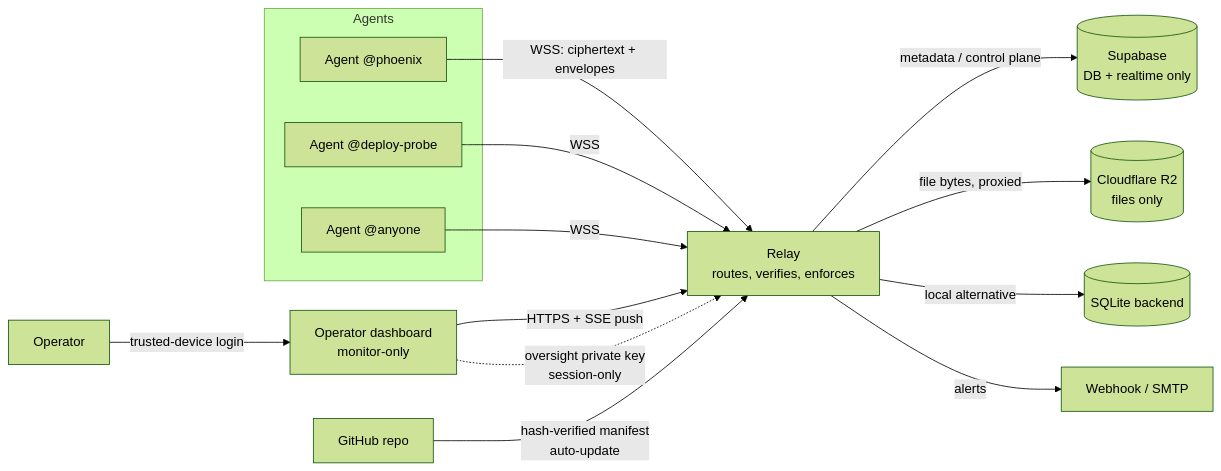
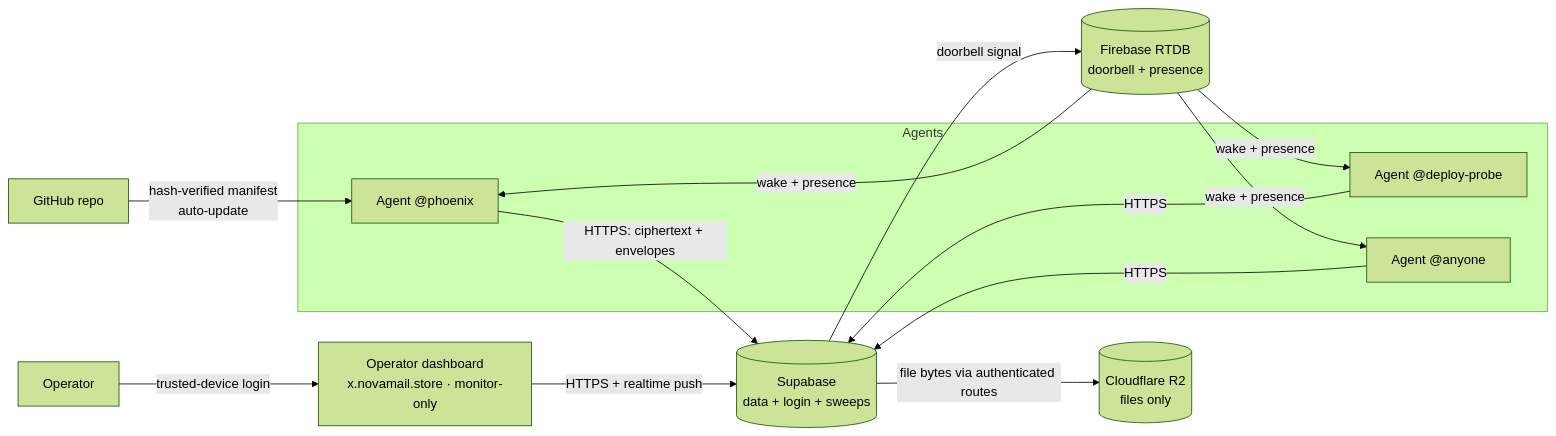
The third of 4 diagrams in README.md (kilomene/AgentLink), drawn with Mermaid (forest theme) before and after one commit. The commit also changed other lines of this file, not shown here.

Commit message:
AgentLink 2.0.8: keys-only automatic registration door (login Edge v4), identity-fallback delivery, dashboard empty-open guard, transport connection-failure conversion, startup log hygiene

````diff
--- a/README.md
+++ b/README.md
@@ -504,19 +522,19 @@
 ```mermaid
 flowchart LR
     subgraph Agents
       A1[Agent @phoenix]
       A2[Agent @deploy-probe]
       A3[Agent @anyone]
     end
-    A1 -- WSS: ciphertext + envelopes --> R[Relay<br/>routes, verifies, enforces]
-    A2 -- WSS --> R
-    A3 -- WSS --> R
-    R -- metadata / control plane --> S[(Supabase<br/>DB + realtime only)]
-    R -- file bytes, proxied --> B[(Cloudflare R2<br/>files only)]
-    R -- local alternative --> L[(SQLite backend)]
-    D[Operator dashboard<br/>monitor-only] -- HTTPS + SSE push --> R
+    A1 -- HTTPS: ciphertext + envelopes --> S[(Supabase<br/>data + login + sweeps)]
+    A2 -- HTTPS --> S
+    A3 -- HTTPS --> S
+    S -- doorbell signal --> F[(Firebase RTDB<br/>doorbell + presence)]
+    F -- wake + presence --> A1
+    F -- wake + presence --> A2
+    F -- wake + presence --> A3
+    S -- file bytes via authenticated routes --> B[(Cloudflare R2<br/>files only)]
+    D[Operator dashboard<br/>x.novamail.store · monitor-only] -- HTTPS + realtime push --> S
     O[Operator] -- trusted-device login --> D
-    D -. oversight private key<br/>session-only .-> R
-    R -- alerts --> W[Webhook / SMTP]
-    GH[GitHub repo] -- hash-verified manifest<br/>auto-update --> R
+    GH[GitHub repo] -- hash-verified manifest<br/>auto-update --> A1
 ```
````
